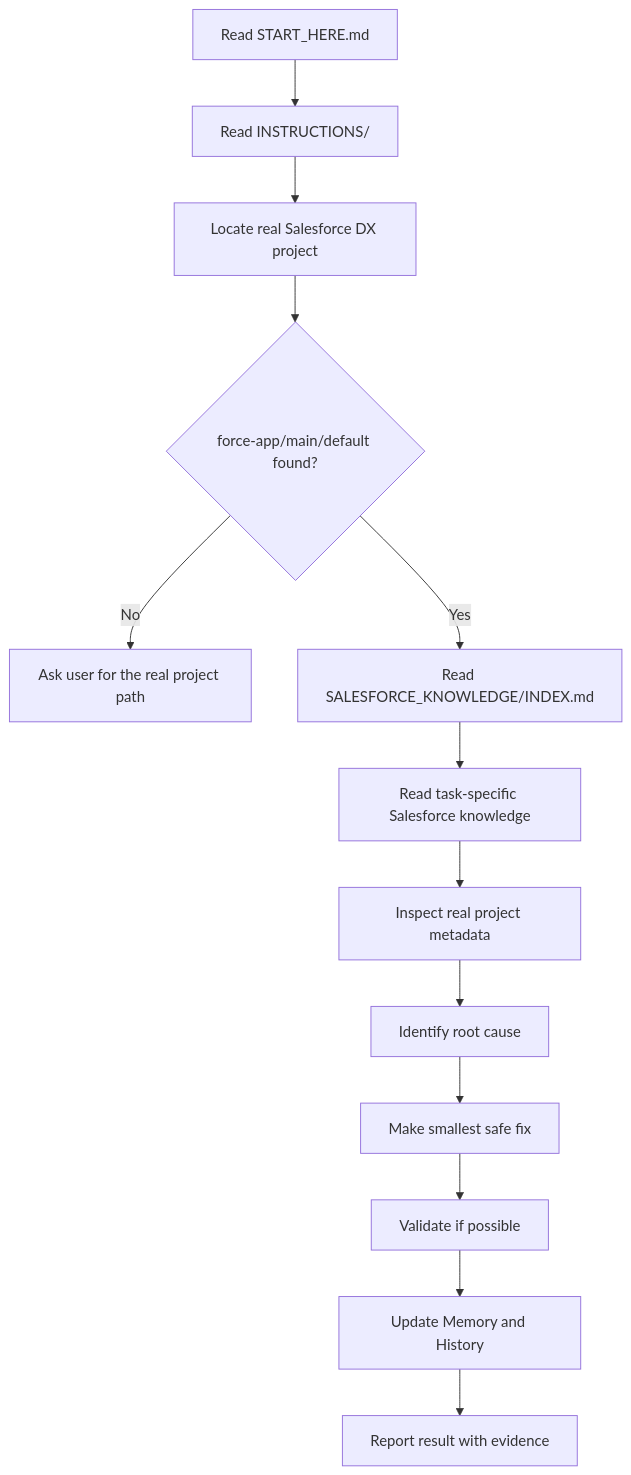
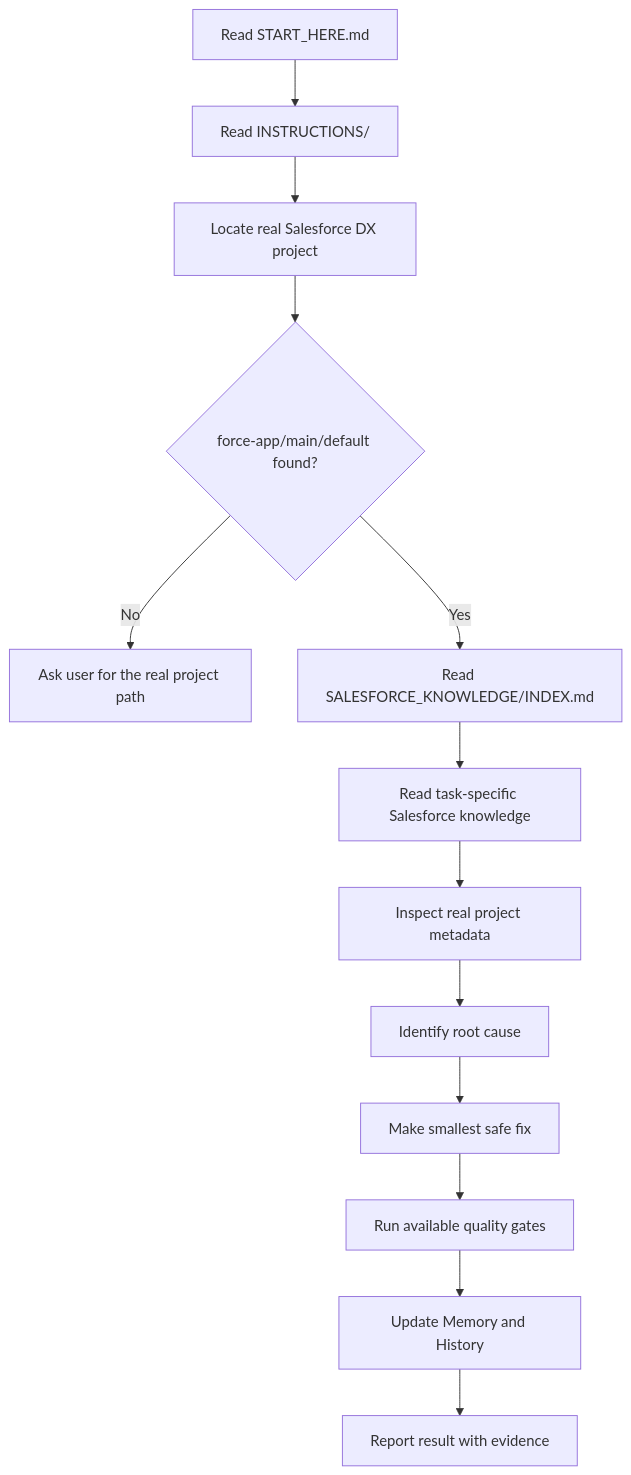
The diagram in README.md (swayerloren/salesforce-coding), drawn with Mermaid before and after one commit. The commit also changed other lines of this file and 84 other files, not shown here.

Commit message:
Add Salesforce tooling references and Codex quality gates

````diff
--- a/README.md
+++ b/README.md
@@ -72,15 +93,15 @@
 ```mermaid
 flowchart TD
   A[Read START_HERE.md] --> B[Read INSTRUCTIONS/]
   B --> C[Locate real Salesforce DX project]
   C --> D{force-app/main/default found?}
   D -- No --> E[Ask user for the real project path]
   D -- Yes --> F[Read SALESFORCE_KNOWLEDGE/INDEX.md]
   F --> G[Read task-specific Salesforce knowledge]
   G --> H[Inspect real project metadata]
   H --> I[Identify root cause]
   I --> J[Make smallest safe fix]
-  J --> K[Validate if possible]
+  J --> K[Run available quality gates]
   K --> L[Update Memory and History]
   L --> M[Report result with evidence]
 ```
````
